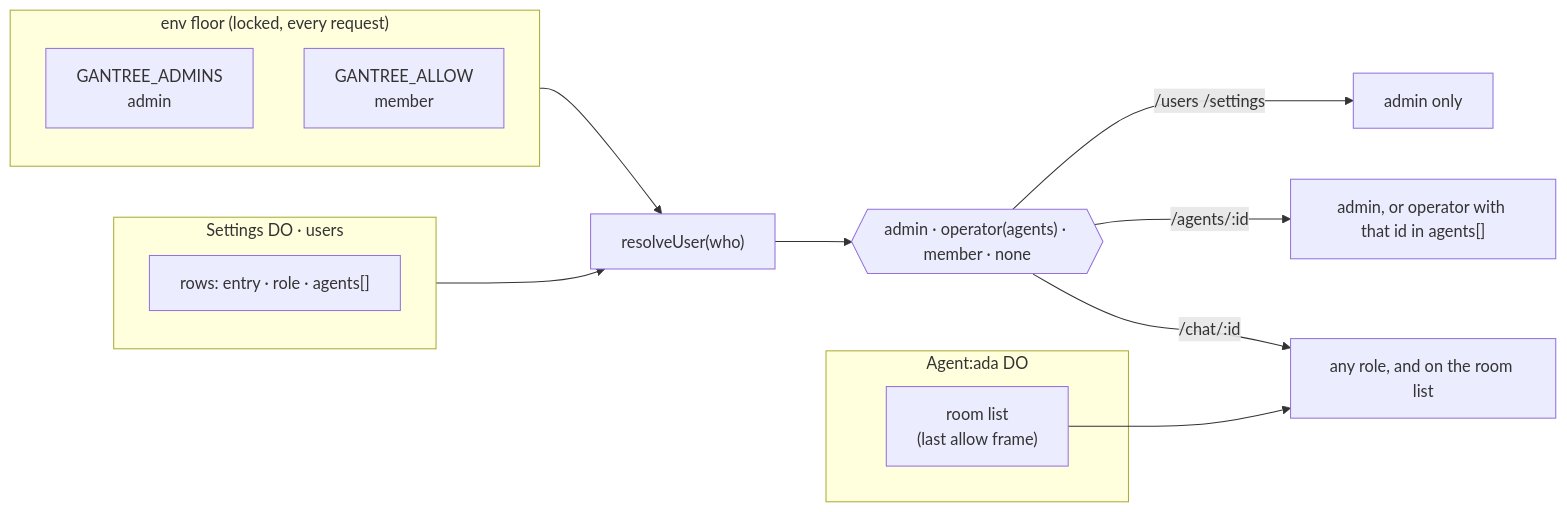
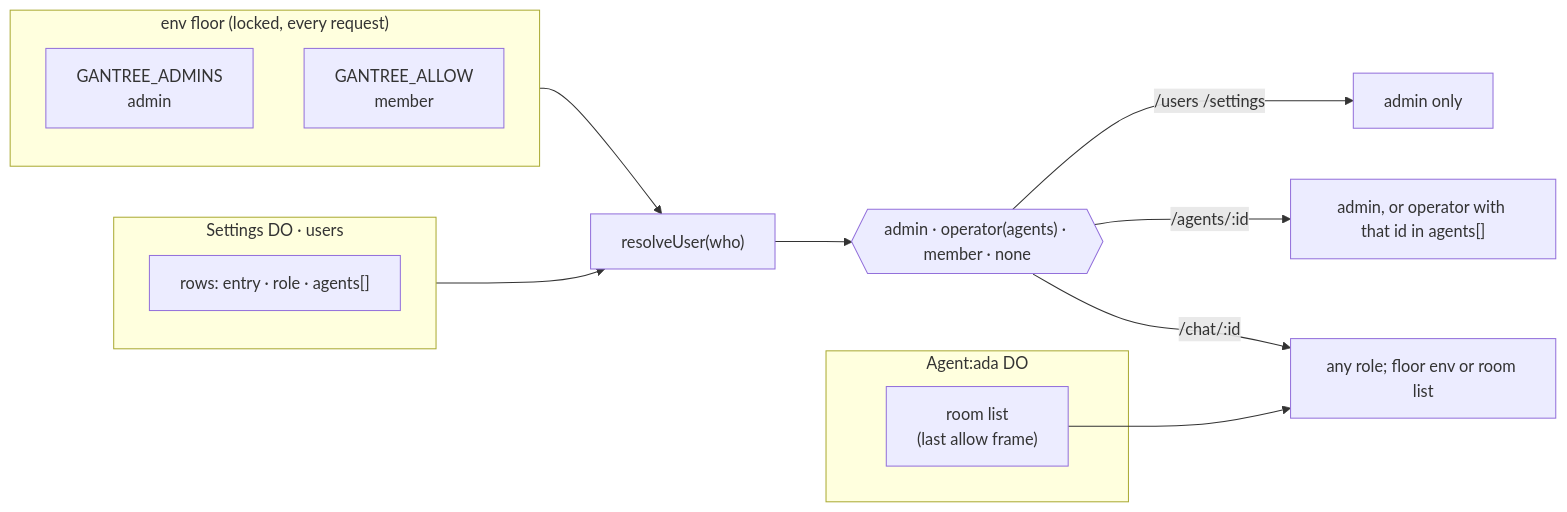
One commit to shotah/gantree2 changed the ninth of 11 diagrams in docs/architecture.md. Above: the diagram before and after it, drawn with Mermaid. The commit also changed other lines of this file and 13 other files, not shown here.

````diff
--- a/docs/architecture.md
+++ b/docs/architecture.md
@@ -357,21 +357,21 @@
 ```mermaid
 flowchart LR
   subgraph floor["env floor (locked, every request)"]
     AD["GANTREE_ADMINS<br/>admin"]
     AL["GANTREE_ALLOW<br/>member"]
   end
   subgraph store["Settings DO · users"]
     ROWS["rows: entry · role · agents[] "]
   end
   subgraph agent["Agent:ada DO"]
     ROOM["room list<br/>(last allow frame)"]
   end
 
   floor --> RES
   store --> RES
   RES["resolveUser(who)"] --> ROLE{{"admin · operator(agents) · member · none"}}
   ROLE -- "/users /settings" --> ADMIN[admin only]
   ROLE -- "/agents/:id" --> OP["admin, or operator with that id in agents[]"]
-  ROLE -- "/chat/:id" --> CHAT["any role, and on the room list"]
+  ROLE -- "/chat/:id" --> CHAT["any role; floor env or room list"]
   ROOM --> CHAT
 ```
````
